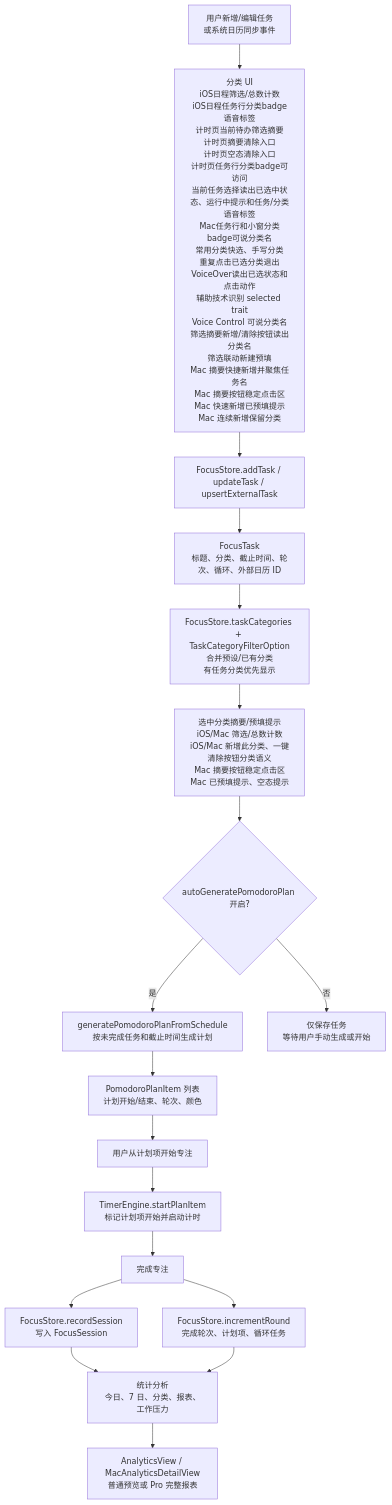
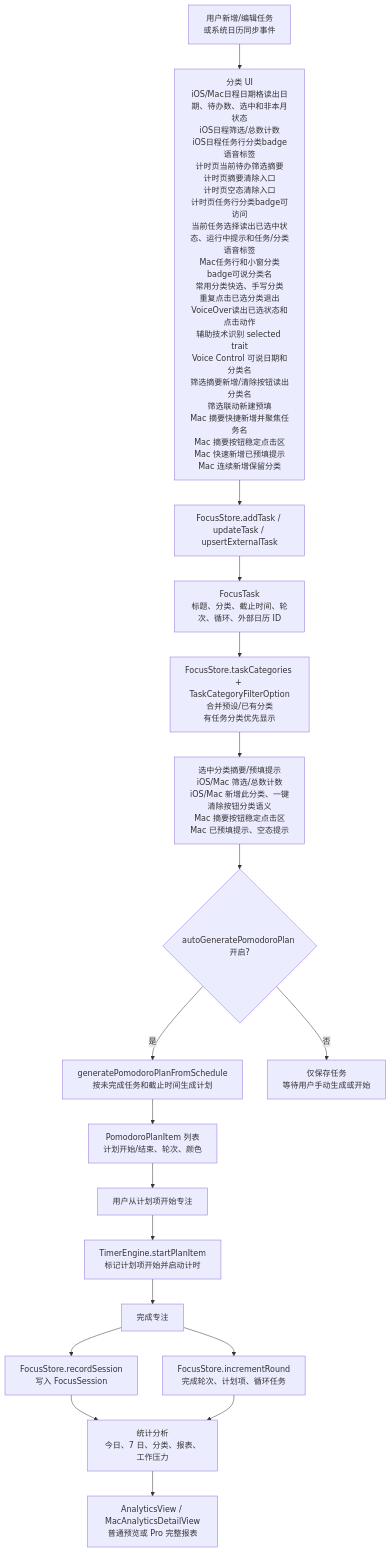
Before and after one commit to Altman-sam114/114: the third of 6 diagrams in md/flow/flowchart.md, drawn with Mermaid. The commit also changed other lines of this file and 8 other files, not shown here.

````diff
--- a/md/flow/flowchart.md
+++ b/md/flow/flowchart.md
@@ -63,20 +63,20 @@
 ```mermaid
 flowchart TD
-  A["用户新增/编辑任务<br/>或系统日历同步事件"] --> P0["分类 UI<br/>iOS日程筛选/总数计数<br/>iOS日程任务行分类badge语音标签<br/>计时页当前待办筛选摘要<br/>计时页摘要清除入口<br/>计时页空态清除入口<br/>计时页任务行分类badge可访问<br/>当前任务选择读出已选中状态、运行中提示和任务/分类语音标签<br/>Mac任务行和小窗分类badge可说分类名<br/>常用分类快选、手写分类<br/>重复点击已选分类退出<br/>VoiceOver读出已选状态和点击动作<br/>辅助技术识别 selected trait<br/>Voice Control 可说分类名<br/>筛选摘要新增/清除按钮读出分类名<br/>筛选联动新建预填<br/>Mac 摘要快捷新增并聚焦任务名<br/>Mac 摘要按钮稳定点击区<br/>Mac 快速新增已预填提示<br/>Mac 连续新增保留分类"]
+  A["用户新增/编辑任务<br/>或系统日历同步事件"] --> P0["分类 UI<br/>iOS/Mac日程日期格读出日期、待办数、选中和非本月状态<br/>iOS日程筛选/总数计数<br/>iOS日程任务行分类badge语音标签<br/>计时页当前待办筛选摘要<br/>计时页摘要清除入口<br/>计时页空态清除入口<br/>计时页任务行分类badge可访问<br/>当前任务选择读出已选中状态、运行中提示和任务/分类语音标签<br/>Mac任务行和小窗分类badge可说分类名<br/>常用分类快选、手写分类<br/>重复点击已选分类退出<br/>VoiceOver读出已选状态和点击动作<br/>辅助技术识别 selected trait<br/>Voice Control 可说日期和分类名<br/>筛选摘要新增/清除按钮读出分类名<br/>筛选联动新建预填<br/>Mac 摘要快捷新增并聚焦任务名<br/>Mac 摘要按钮稳定点击区<br/>Mac 快速新增已预填提示<br/>Mac 连续新增保留分类"]
   P0 --> B["FocusStore.addTask / updateTask / upsertExternalTask"]
   B --> C["FocusTask<br/>标题、分类、截止时间、轮次、循环、外部日历 ID"]
   C --> C2["FocusStore.taskCategories + TaskCategoryFilterOption<br/>合并预设/已有分类<br/>有任务分类优先显示"]
   C2 --> C3["选中分类摘要/预填提示<br/>iOS/Mac 筛选/总数计数<br/>iOS/Mac 新增此分类、一键清除按钮分类语义<br/>Mac 摘要按钮稳定点击区<br/>Mac 已预填提示、空态提示"]
   C3 --> D{"autoGeneratePomodoroPlan 开启?"}
   D -->|是| E["generatePomodoroPlanFromSchedule<br/>按未完成任务和截止时间生成计划"]
   D -->|否| F["仅保存任务<br/>等待用户手动生成或开始"]
   E --> G["PomodoroPlanItem 列表<br/>计划开始/结束、轮次、颜色"]
   G --> H["用户从计划项开始专注"]
   H --> I["TimerEngine.startPlanItem<br/>标记计划项开始并启动计时"]
   I --> J["完成专注"]
   J --> K["FocusStore.incrementRound<br/>完成轮次、计划项、循环任务"]
   J --> L["FocusStore.recordSession<br/>写入 FocusSession"]
   L --> M["统计分析<br/>今日、7 日、分类、报表、工作压力"]
   K --> M
   M --> N["AnalyticsView / MacAnalyticsDetailView<br/>普通预览或 Pro 完整报表"]
 ```
````
